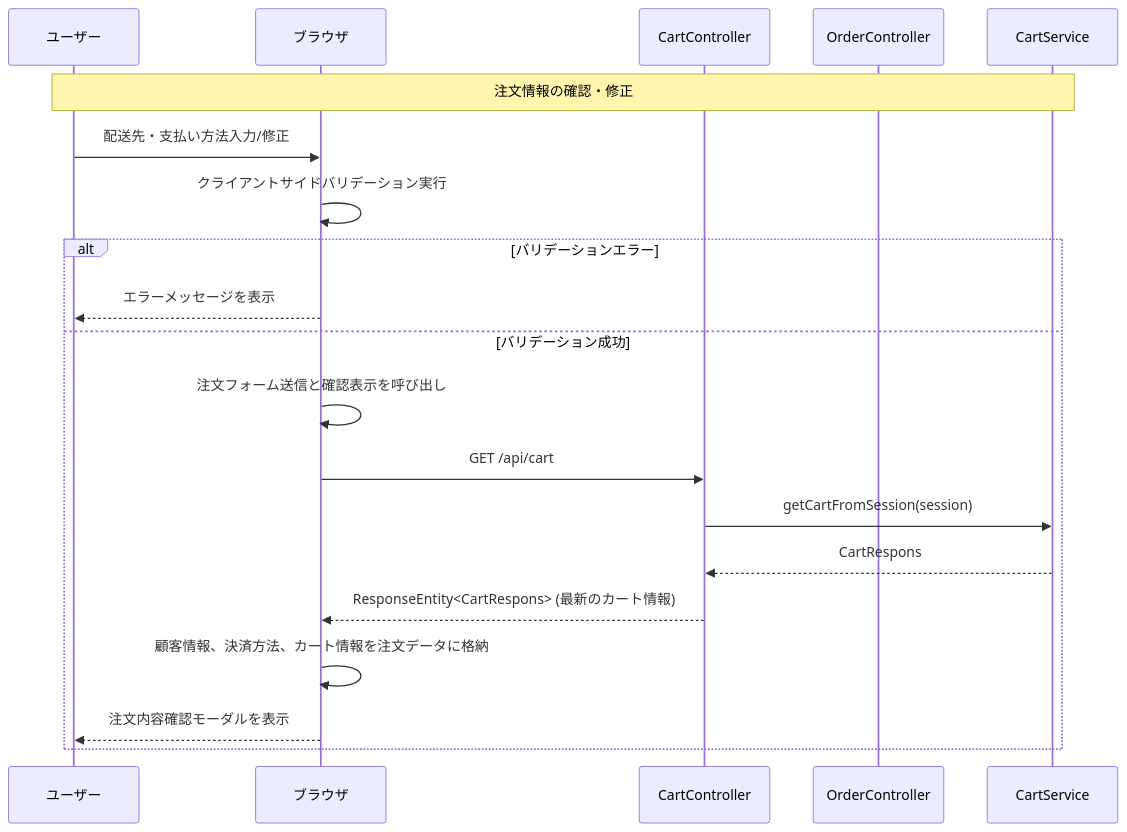
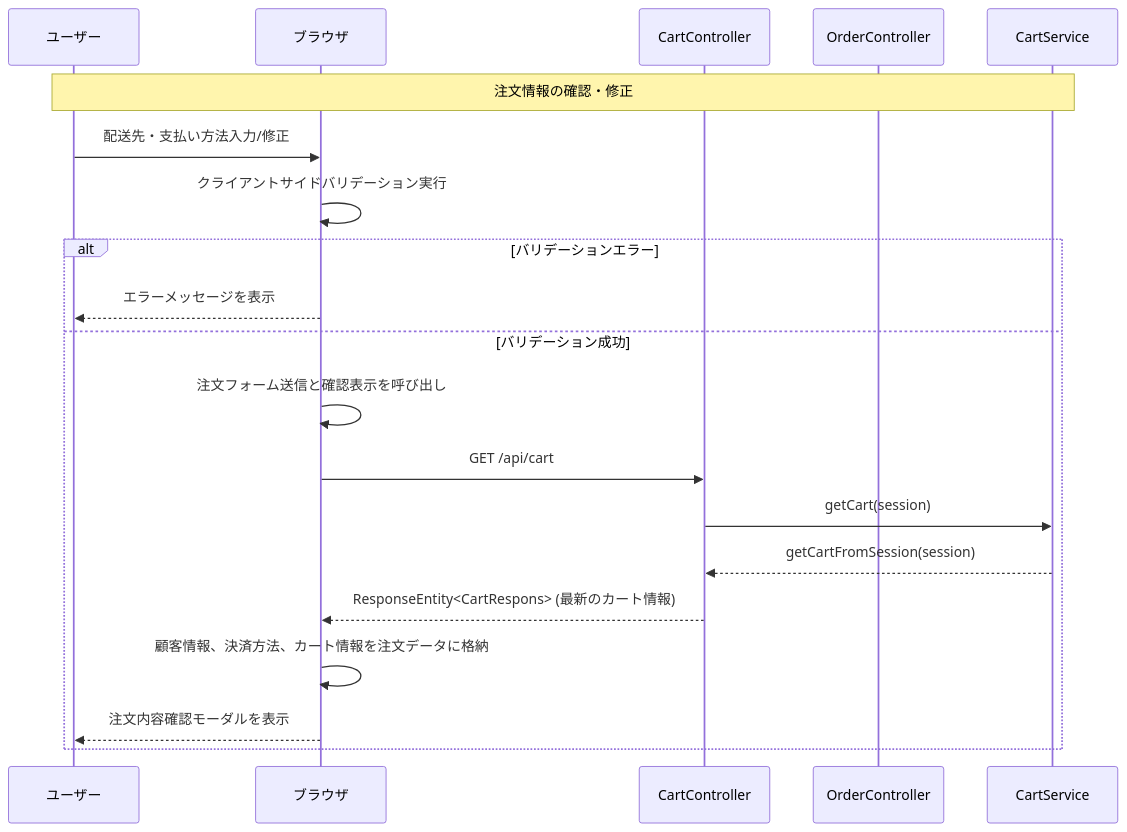
Before and after one commit to shogomaeda758/Bacon: the tenth of 22 diagrams in 詳細設計/詳細設計書_v3.md, drawn with Mermaid. The commit also changed other lines of this file, not shown here.

Commit message:
シーケンス図のメソッド変更3

````diff
--- a/詳細設計/詳細設計書_v3.md
+++ b/詳細設計/詳細設計書_v3.md
@@ -445,23 +445,23 @@
 ```mermaid
 sequenceDiagram
     participant U as ユーザー
     participant B as ブラウザ
     participant CC as CartController
     participant OC as OrderController
     participant CS as CartService
 
     Note over U,CS: 注文情報の確認・修正
     U->>B: 配送先・支払い方法入力/修正
     B->>B: クライアントサイドバリデーション実行
     alt バリデーションエラー
         B-->>U: エラーメッセージを表示
     else バリデーション成功
         B->>B: 注文フォーム送信と確認表示を呼び出し
         B->>CC: GET /api/cart
-        CC->>CS: getCartFromSession(session)
-        CS-->>CC: CartRespons
+        CC->>CS: getCart(session)
+        CS-->>CC: getCartFromSession(session)
         CC-->>B: ResponseEntity<CartRespons> (最新のカート情報)
         B->>B: 顧客情報、決済方法、カート情報を注文データに格納
         B-->>U: 注文内容確認モーダルを表示
     end
 ```
````
